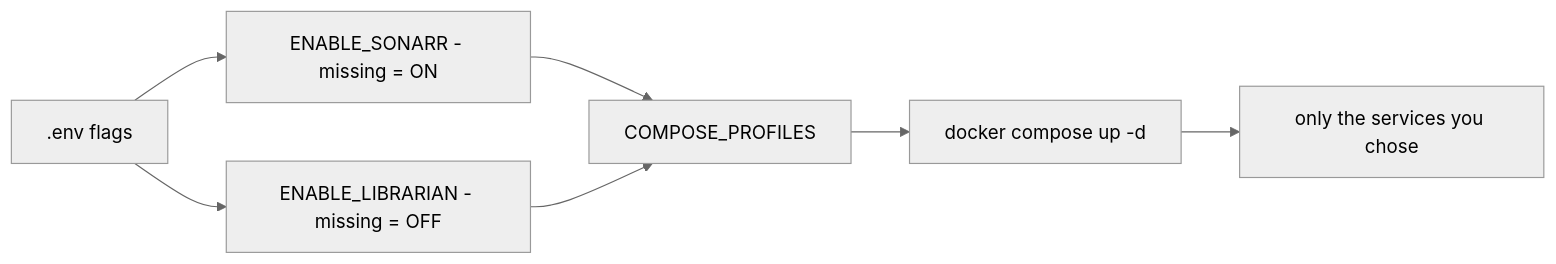
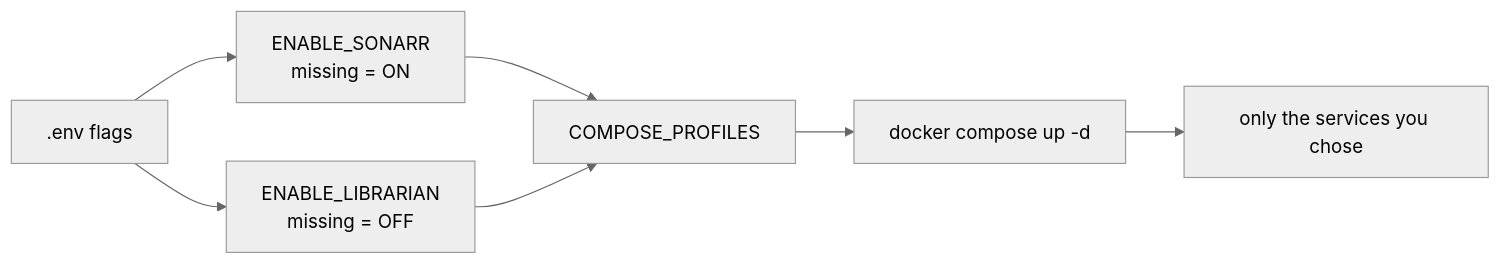
The seventh of 7 diagrams in site/content/architecture.md (defessler/Mediarr-Installer), drawn with Mermaid (neutral theme) before and after one commit. The commit also changed other lines of this file and 5 other files, not shown here.

````diff
--- a/site/content/architecture.md
+++ b/site/content/architecture.md
@@ -225,10 +226,10 @@
 ```mermaid
 flowchart LR
   env[".env flags"]
-  env --> d1["ENABLE_SONARR - missing = ON"]
-  env --> d2["ENABLE_LIBRARIAN - missing = OFF"]
+  env --> d1["ENABLE_SONARR<br/>missing = ON"]
+  env --> d2["ENABLE_LIBRARIAN<br/>missing = OFF"]
   d1 --> p["COMPOSE_PROFILES"]
   d2 --> p
   p --> up["docker compose up -d"]
   up --> running["only the services you chose"]
 ```
````
